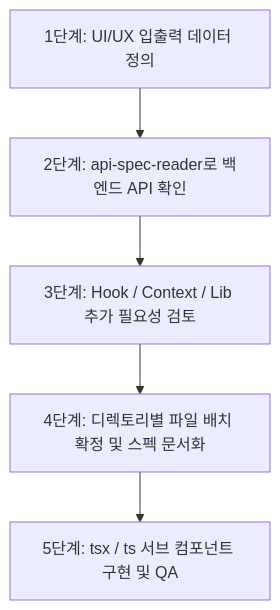
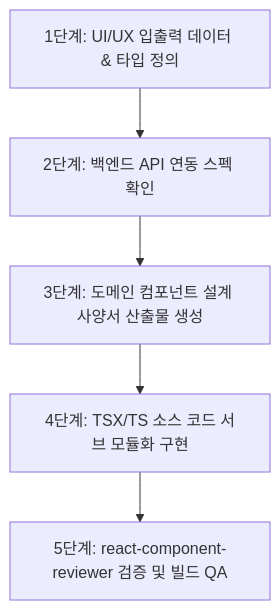
One commit to worean/antigravity-workflow changed the diagram in .agents/skills/react-component-developer/SKILL.md. Above: the diagram before and after it, drawn with Mermaid. The commit also changed other lines of this file and 96 other files, not shown here.

````diff
--- a/.agents/skills/react-component-developer/SKILL.md
+++ b/.agents/skills/react-component-developer/SKILL.md
@@ -46,7 +46,7 @@
 ```mermaid
 flowchart TD
-    S1[1단계: UI/UX 입출력 데이터 정의] --> S2[2단계: api-spec-reader로 백엔드 API 확인]
-    S2 --> S3[3단계: Hook / Context / Lib 추가 필요성 검토]
-    S3 --> S4[4단계: 디렉토리별 파일 배치 확정 및 스펙 문서화]
-    S4 --> S5[5단계: tsx / ts 서브 컴포넌트 구현 및 QA]
+    S1[1단계: UI/UX 입출력 데이터 & 타입 정의] --> S2[2단계: 백엔드 API 연동 스펙 확인]
+    S2 --> S3[3단계: 도메인 컴포넌트 설계 사양서 산출물 생성]
+    S3 --> S4[4단계: TSX/TS 소스 코드 서브 모듈화 구현]
+    S4 --> S5[5단계: react-component-reviewer 검증 및 빌드 QA]
 ```
````
